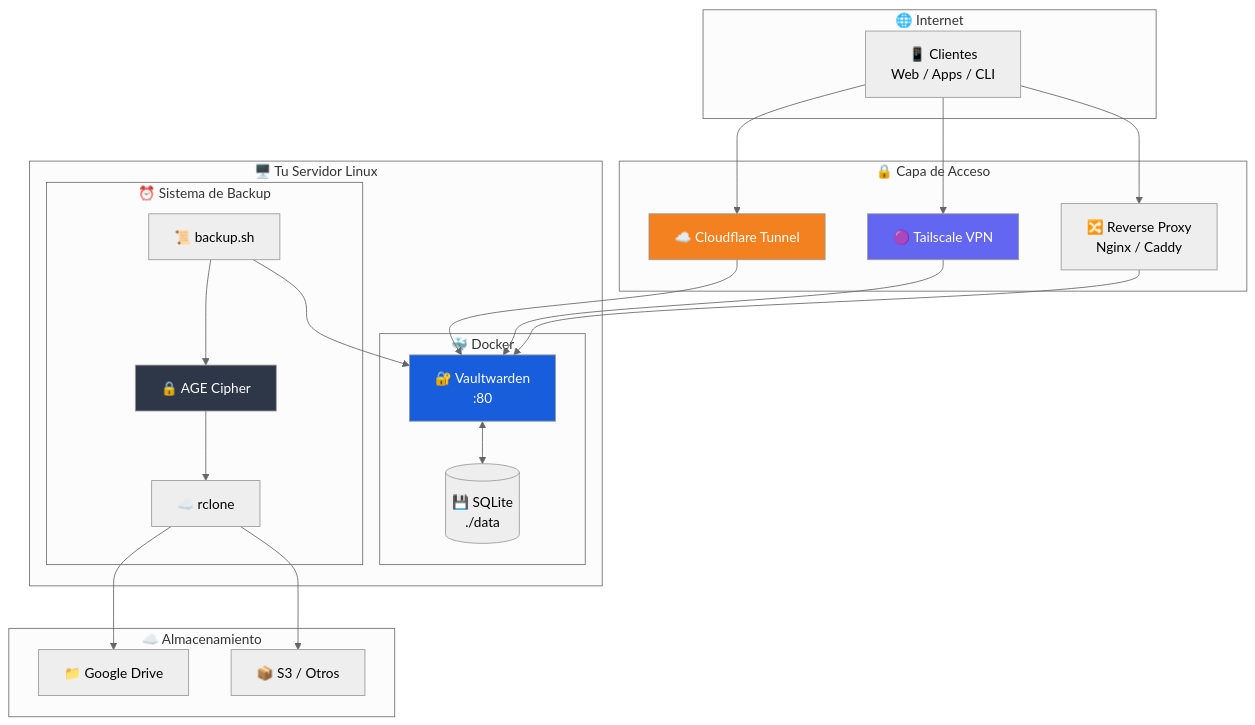
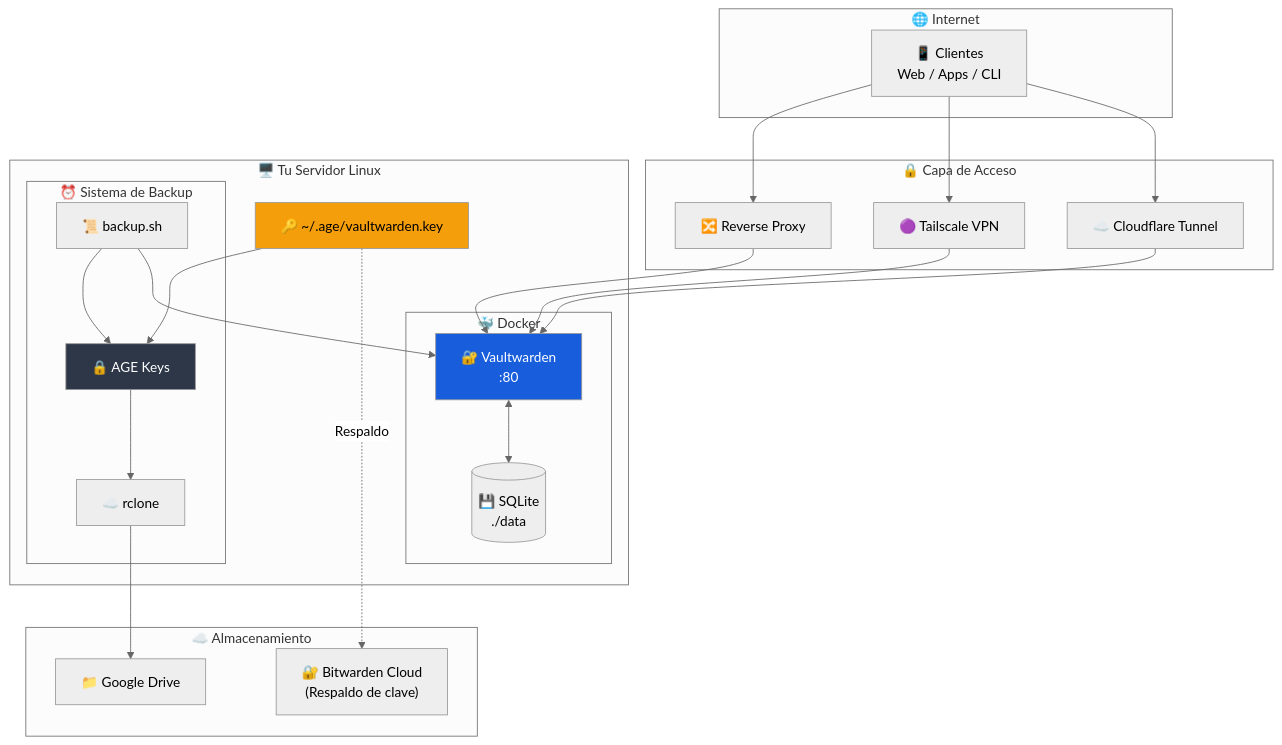
The diagram in README.md (herwingx/vaultwarden-self-hosted), drawn with Mermaid (neutral theme) before and after one commit. The commit also changed other lines of this file and 4 other files, not shown here.

Commit message:
feat(backup): migrar a AGE identity keys para cron automático

````diff
--- a/README.md
+++ b/README.md
@@ -329,42 +399,45 @@
 ```mermaid
 graph TD
     subgraph Internet["🌐 Internet"]
         Client["📱 Clientes<br/>Web / Apps / CLI"]
     end
 
     subgraph Access["🔒 Capa de Acceso"]
         CF["☁️ Cloudflare Tunnel"]
         TS["🟣 Tailscale VPN"]
-        RP["🔀 Reverse Proxy<br/>Nginx / Caddy"]
+        RP["🔀 Reverse Proxy"]
     end
 
     subgraph Server["🖥️ Tu Servidor Linux"]
         subgraph Docker["🐳 Docker"]
             VW["🔐 Vaultwarden<br/>:80"]
             DB[("💾 SQLite<br/>./data")]
         end
         
         subgraph Backup["⏰ Sistema de Backup"]
             BS["📜 backup.sh"]
-            AGE["🔒 AGE Cipher"]
+            AGE["🔒 AGE Keys"]
             RC["☁️ rclone"]
         end
+        
+        KEY["🔑 ~/.age/vaultwarden.key"]
     end
 
     subgraph Cloud["☁️ Almacenamiento"]
         GD["📁 Google Drive"]
-        S3["📦 S3 / Otros"]
+        BW["🔐 Bitwarden Cloud<br/>(Respaldo de clave)"]
     end
 
     Client --> CF & TS & RP
     CF & TS & RP --> VW
     VW <--> DB
     BS --> VW
     BS --> AGE --> RC
-    RC --> GD & S3
+    KEY --> AGE
+    RC --> GD
+    KEY -.->|Respaldo| BW
 
     style VW fill:#175DDC,color:#fff
     style AGE fill:#2D3748,color:#fff
-    style CF fill:#F48120,color:#fff
-    style TS fill:#6366F1,color:#fff
+    style KEY fill:#F59E0B,color:#000
 ```
````
